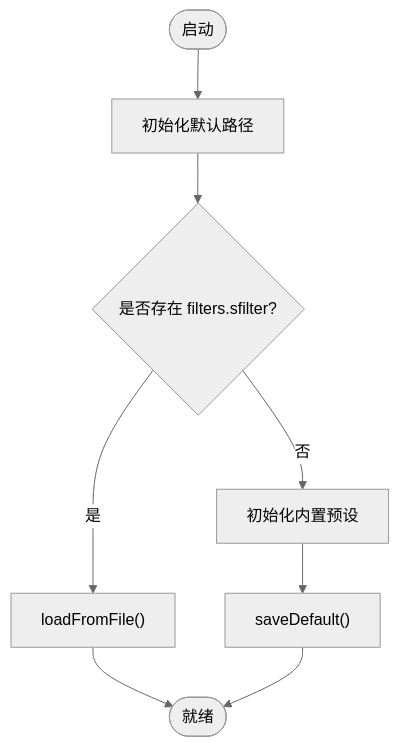
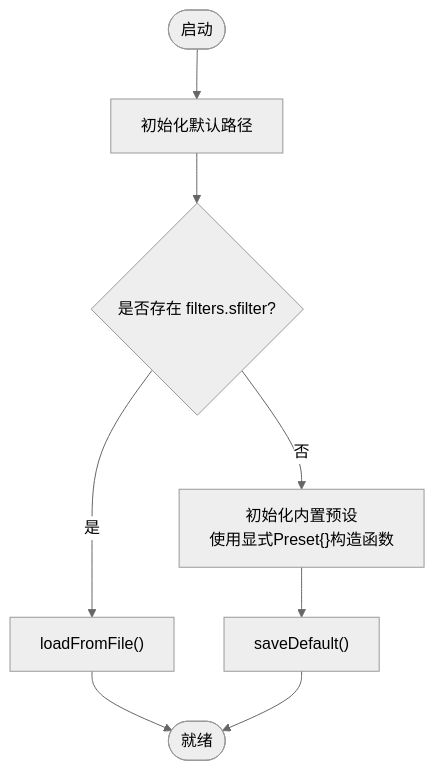
Before and after one commit to jakecai1225-design/OpenBus: the third of 7 diagrams in .qoder/repowiki/zh/content/核心模块详解/过滤器引擎/过滤器预设管理器.md, drawn with Mermaid (neutral theme). The commit also changed other lines of this file and 18 other files, not shown here.

````diff
--- a/.qoder/repowiki/zh/content/核心模块详解/过滤器引擎/过滤器预设管理器.md
+++ b/.qoder/repowiki/zh/content/核心模块详解/过滤器引擎/过滤器预设管理器.md
@@ -139,10 +146,10 @@
 ```mermaid
 flowchart TD
 Start(["启动"]) --> InitPath["初始化默认路径"]
 InitPath --> LoadDefault{"是否存在 filters.sfilter?"}
 LoadDefault -- 是 --> LoadFile["loadFromFile()"]
-LoadDefault -- 否 --> InitBuiltin["初始化内置预设"]
+LoadDefault -- 否 --> InitBuiltin["初始化内置预设<br/>使用显式Preset{}构造函数"]
 InitBuiltin --> SaveDefault["saveDefault()"]
 LoadFile --> Ready(["就绪"])
 SaveDefault --> Ready
 ```
````
